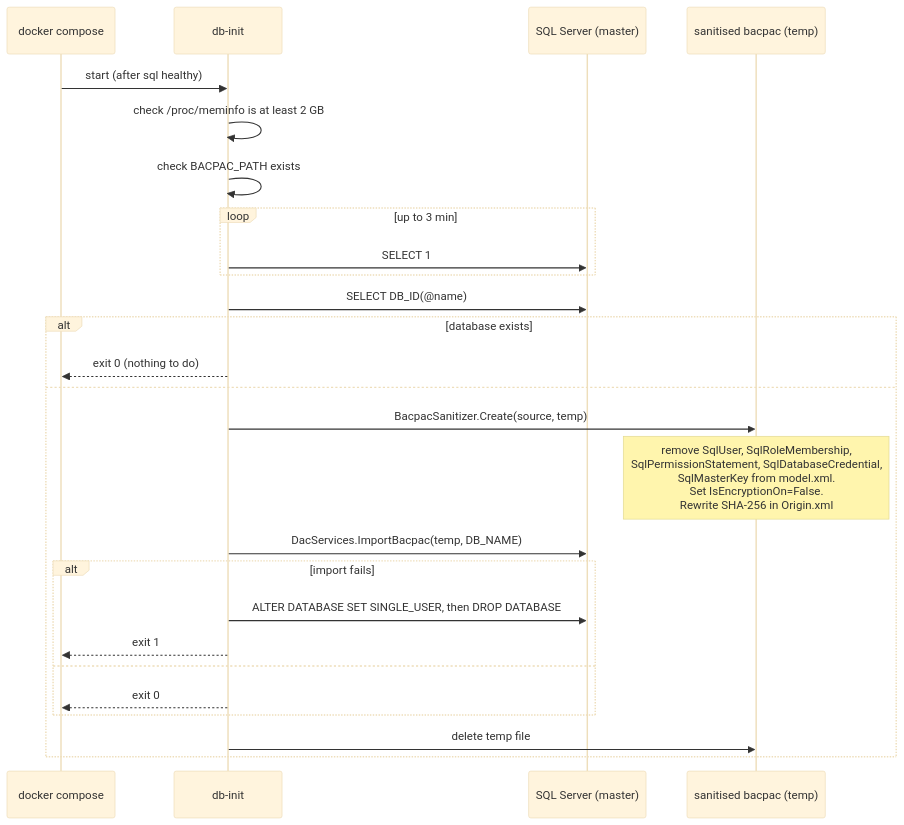
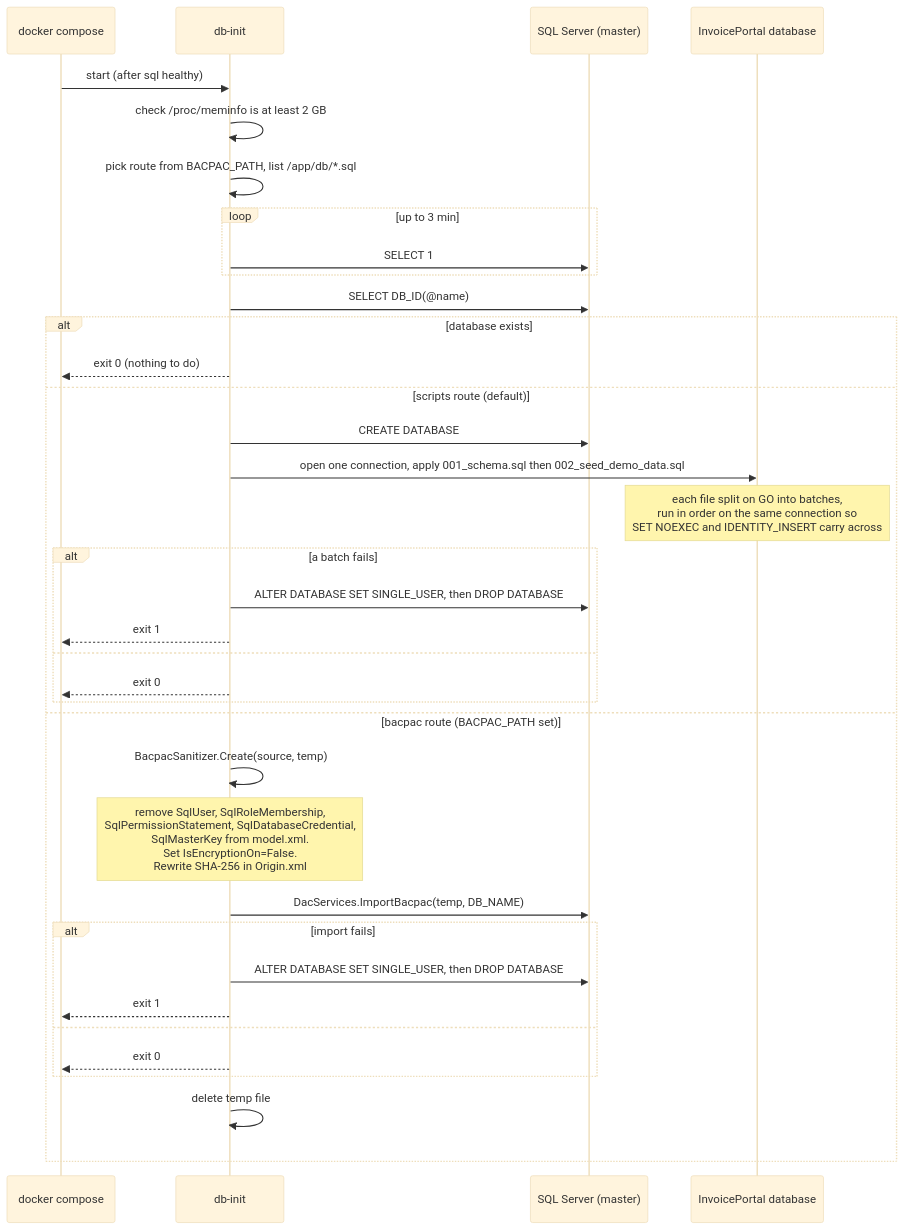
Before and after one commit to KevinRaffay/InvoicePortal: the fourth of 8 diagrams in ARCHITECTURE.md, drawn with Mermaid (base theme). The commit also changed other lines of this file and 12 other files, not shown here.

First line of the commit message:
Add the database to the repo as SQL

````diff
--- a/ARCHITECTURE.md
+++ b/ARCHITECTURE.md
@@ -308,29 +321,39 @@
 ```mermaid
 sequenceDiagram
     participant C as docker compose
     participant I as db-init
     participant S as SQL Server (master)
-    participant F as sanitised bacpac (temp)
+    participant D as InvoicePortal database
 
     C->>I: start (after sql healthy)
     I->>I: check /proc/meminfo is at least 2 GB
-    I->>I: check BACPAC_PATH exists
+    I->>I: pick route from BACPAC_PATH, list /app/db/*.sql
     loop up to 3 min
         I->>S: SELECT 1
     end
     I->>S: SELECT DB_ID(@name)
     alt database exists
         I-->>C: exit 0 (nothing to do)
-    else
-        I->>F: BacpacSanitizer.Create(source, temp)
-        Note over F: remove SqlUser, SqlRoleMembership,<br/>SqlPermissionStatement, SqlDatabaseCredential,<br/>SqlMasterKey from model.xml.<br/>Set IsEncryptionOn=False.<br/>Rewrite SHA-256 in Origin.xml
+    else scripts route (default)
+        I->>S: CREATE DATABASE
+        I->>D: open one connection, apply 001_schema.sql then 002_seed_demo_data.sql
+        Note over D: each file split on GO into batches,<br/>run in order on the same connection so<br/>SET NOEXEC and IDENTITY_INSERT carry across
+        alt a batch fails
+            I->>S: ALTER DATABASE SET SINGLE_USER, then DROP DATABASE
+            I-->>C: exit 1
+        else
+            I-->>C: exit 0
+        end
+    else bacpac route (BACPAC_PATH set)
+        I->>I: BacpacSanitizer.Create(source, temp)
+        Note over I: remove SqlUser, SqlRoleMembership,<br/>SqlPermissionStatement, SqlDatabaseCredential,<br/>SqlMasterKey from model.xml.<br/>Set IsEncryptionOn=False.<br/>Rewrite SHA-256 in Origin.xml
         I->>S: DacServices.ImportBacpac(temp, DB_NAME)
         alt import fails
             I->>S: ALTER DATABASE SET SINGLE_USER, then DROP DATABASE
             I-->>C: exit 1
         else
             I-->>C: exit 0
         end
-        I->>F: delete temp file
+        I->>I: delete temp file
     end
 ```
````
